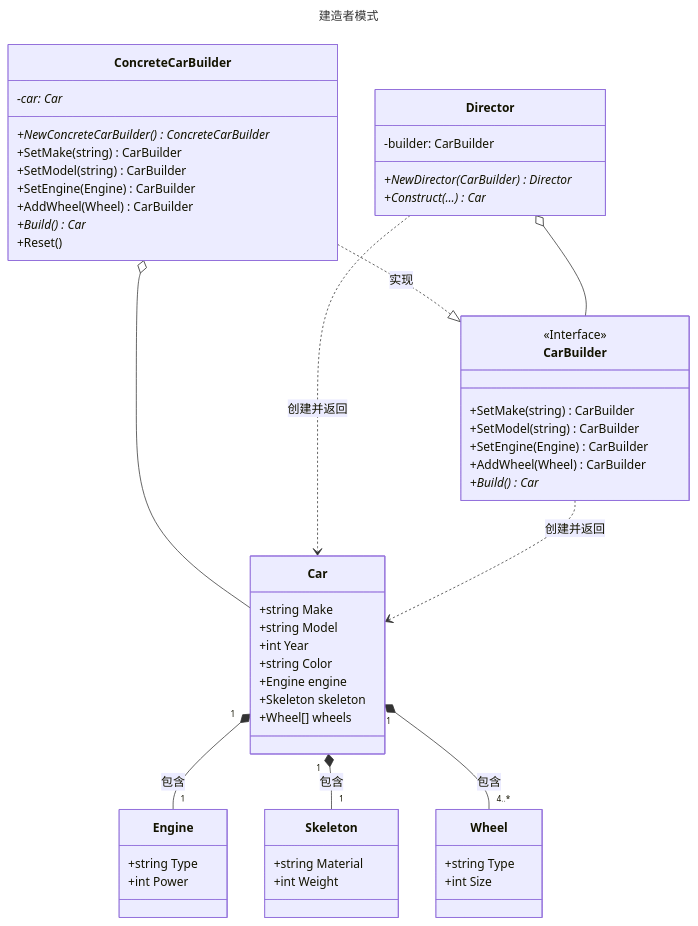
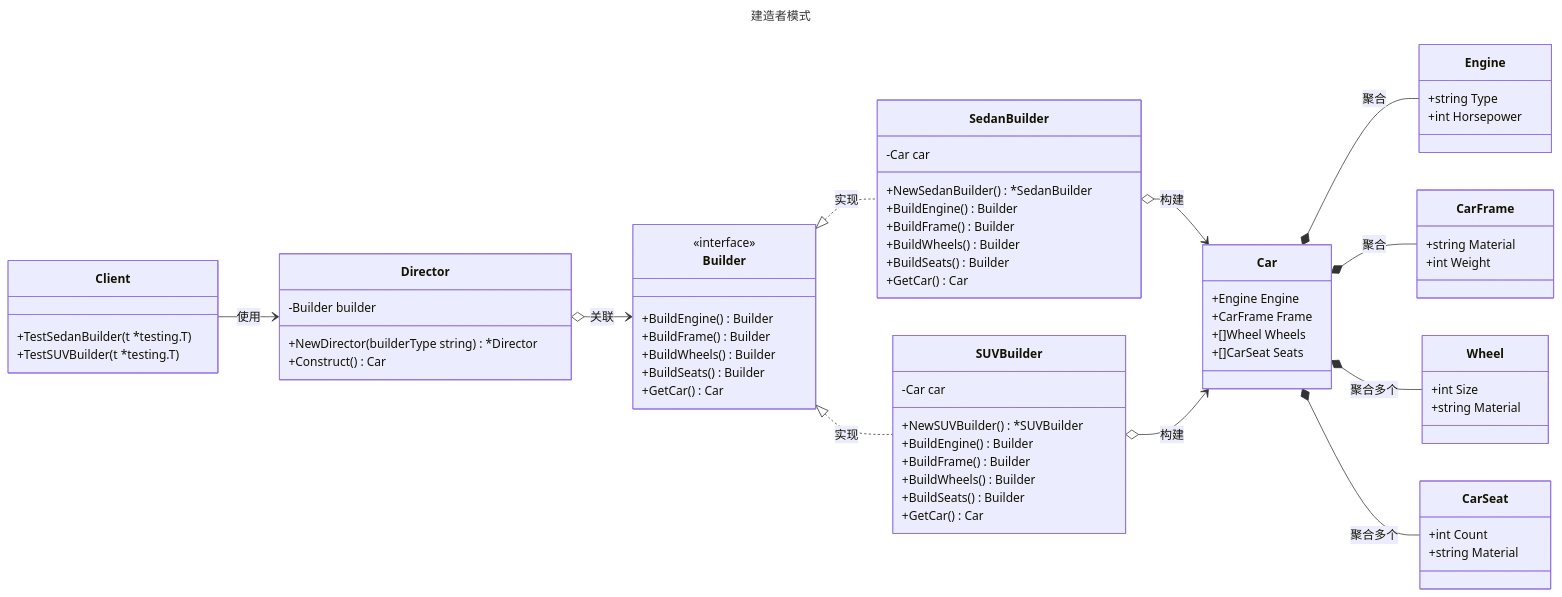
Before and after one commit to magicgopher/magicgopher-blog: the diagram in docs/zh/后端/01-Golang/03-Golang设计模式/07-建造者模式.md, drawn with Mermaid. The commit also changed other lines of this file and 7 other files, not shown here.

````diff
--- a/docs/zh/后端/01-Golang/03-Golang设计模式/07-建造者模式.md
+++ b/docs/zh/后端/01-Golang/03-Golang设计模式/07-建造者模式.md
@@ -32,85 +32,96 @@
 title: 建造者模式
 ---
 classDiagram
-    %% -------------------------------------
-    %% 定义产品和其组成部分
-    %% -------------------------------------
+    direction LR
+    %% 产品相关类
     class Car {
-        +string Make
-        +string Model
-        +int Year
-        +string Color
-        +Engine engine
-        +Skeleton skeleton
-        +Wheel[] wheels
+        %% 汽车产品结构体，包含引擎、车骨架、车轮和座位
+        +Engine Engine
+        +CarFrame Frame
+        +[]Wheel Wheels
+        +[]CarSeat Seats
     }
 
+    %% 引擎结构体
     class Engine {
         +string Type
-        +int Power
+        +int Horsepower
     }
 
-    class Skeleton {
+    %% 车骨架结构体
+    class CarFrame {
         +string Material
         +int Weight
     }
 
+    %% 车轮结构体
     class Wheel {
-        +string Type
         +int Size
+        +string Material
     }
 
-    %% -------------------------------------
-    %% 定义建造者模式的核心角色
-    %% -------------------------------------
-    class CarBuilder {
-        <<Interface>>
-        +SetMake(string) CarBuilder
-        +SetModel(string) CarBuilder
-        +SetEngine(Engine) CarBuilder
-        +AddWheel(Wheel) CarBuilder
-        +Build() Car*
+    %% 车座位结构体
+    class CarSeat {
+        +int Count
+        +string Material
     }
 
-    class ConcreteCarBuilder {
-        -car: Car*
-        +NewConcreteCarBuilder() ConcreteCarBuilder*
-        +SetMake(string) CarBuilder
-        +SetModel(string) CarBuilder
-        +SetEngine(Engine) CarBuilder
-        +AddWheel(Wheel) CarBuilder
-        +Build() Car*
-        +Reset()
+    %% 建造者模式相关类
+    class Builder {
+        %% 抽象建造者接口
+        <<interface>>
+        +BuildEngine() Builder
+        +BuildFrame() Builder
+        +BuildWheels() Builder
+        +BuildSeats() Builder
+        +GetCar() Car
     }
 
-    class Director {
-        -builder: CarBuilder
-        +NewDirector(CarBuilder) Director*
-        +Construct(...) Car*
+    %% 轿车建造者
+    class SedanBuilder {
+        -Car car
+        +NewSedanBuilder() *SedanBuilder
+        +BuildEngine() Builder
+        +BuildFrame() Builder
+        +BuildWheels() Builder
+        +BuildSeats() Builder
+        +GetCar() Car
     }
 
-    %% -------------------------------------
-    %% 定义类之间的关系
-    %% -------------------------------------
+    %% SUV建造者
+    class SUVBuilder {
+        -Car car
+        +NewSUVBuilder() *SUVBuilder
+        +BuildEngine() Builder
+        +BuildFrame() Builder
+        +BuildWheels() Builder
+        +BuildSeats() Builder
+        +GetCar() Car
+    }
 
-    %% 1. 组合关系 (Composition): Car 由 Engine, Skeleton, Wheel 组成
-    %% 一个 Car 对象拥有并管理其组件的生命周期
-    Car "1" *-- "1" Engine : 包含
-    Car "1" *-- "1" Skeleton : 包含
-    Car "1" *-- "4..*" Wheel : 包含
+    %% 指挥者
+    class Director {
+        -Builder builder
+        +NewDirector(builderType string) *Director
+        +Construct() Car
+    }
 
-    %% 2. 实现关系 (Realization): ConcreteCarBuilder 实现了 CarBuilder 接口
-    ConcreteCarBuilder ..|> CarBuilder : 实现
+    %% 客户端测试类
+    class Client {
+        %% 客户端测试类，单元测试函数
+        +TestSedanBuilder(t *testing.T)
+        +TestSUVBuilder(t *testing.T)
+    }
 
-    %% 3. 聚合关系 (Aggregation): Director 和 ConcreteCarBuilder 持有对其他对象的引用
-    %% Director 持有一个 CarBuilder 实例来工作
-    Director o-- CarBuilder
-    %% ConcreteCarBuilder 持有一个 Car 实例来构建
-    ConcreteCarBuilder o-- Car
-
-    %% 4. 依赖关系 (Dependency): Director 和 Builder 使用并返回 Product
-    %% Director 的 Construct 方法依赖于 CarBuilder 的方法来工作，并最终返回一个 Car
-    Director ..> Car : 创建并返回
-    %% CarBuilder 的 Build 方法返回一个 Car
-    CarBuilder ..> Car : 创建并返回
+    %% 关系定义
+    Car *-- Engine : 聚合
+    Car *-- CarFrame : 聚合
+    Car *-- Wheel : 聚合多个
+    Car *-- CarSeat : 聚合多个
+    Builder <|.. SedanBuilder : 实现
+    Builder <|.. SUVBuilder : 实现
+    Director o--> Builder : 关联
+    SedanBuilder o--> Car : 构建
+    SUVBuilder o--> Car : 构建
+    Client --> Director : 使用
 ```
````
